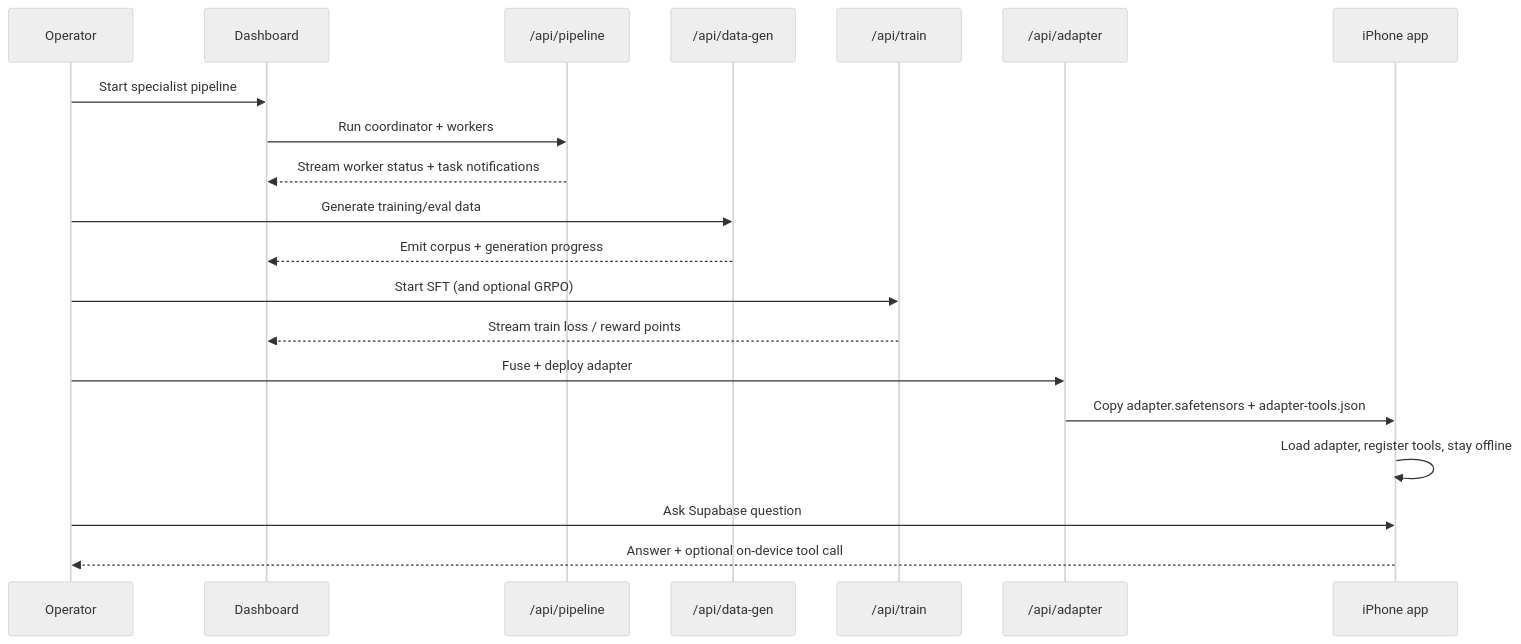
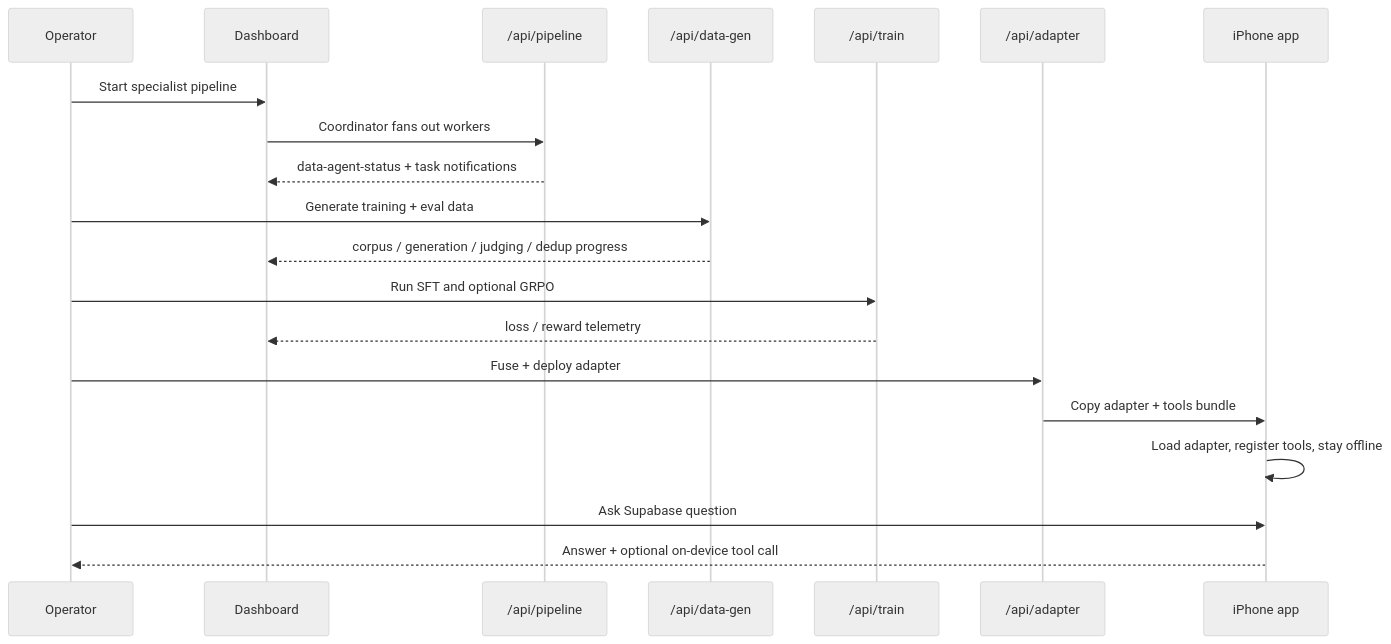
The second of 3 diagrams in README.md (Julian-AT/codex-hackathon), drawn with Mermaid (neutral theme) before and after one commit. The commit also changed other lines of this file and 25 other files, not shown here.

````diff
--- a/README.md
+++ b/README.md
@@ -108,23 +127,23 @@
 ```mermaid
 sequenceDiagram
-  participant U as Operator
+  participant OP as Operator
   participant UI as Dashboard
   participant P as /api/pipeline
   participant D as /api/data-gen
   participant T as /api/train
   participant A as /api/adapter
   participant I as iPhone app
 
-  U->>UI: Start specialist pipeline
-  UI->>P: Run coordinator + workers
-  P-->>UI: Stream worker status + task notifications
-  U->>D: Generate training/eval data
-  D-->>UI: Emit corpus + generation progress
-  U->>T: Start SFT (and optional GRPO)
-  T-->>UI: Stream train loss / reward points
-  U->>A: Fuse + deploy adapter
-  A->>I: Copy adapter.safetensors + adapter-tools.json
+  OP->>UI: Start specialist pipeline
+  UI->>P: Coordinator fans out workers
+  P-->>UI: data-agent-status + task notifications
+  OP->>D: Generate training + eval data
+  D-->>UI: corpus / generation / judging / dedup progress
+  OP->>T: Run SFT and optional GRPO
+  T-->>UI: loss / reward telemetry
+  OP->>A: Fuse + deploy adapter
+  A->>I: Copy adapter + tools bundle
   I->>I: Load adapter, register tools, stay offline
-  U->>I: Ask Supabase question
-  I-->>U: Answer + optional on-device tool call
+  OP->>I: Ask Supabase question
+  I-->>OP: Answer + optional on-device tool call
 ```
````
